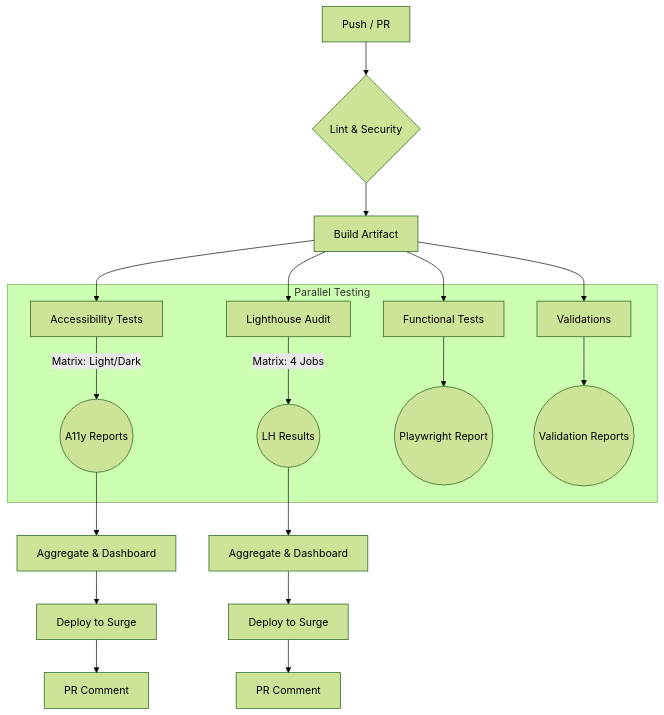
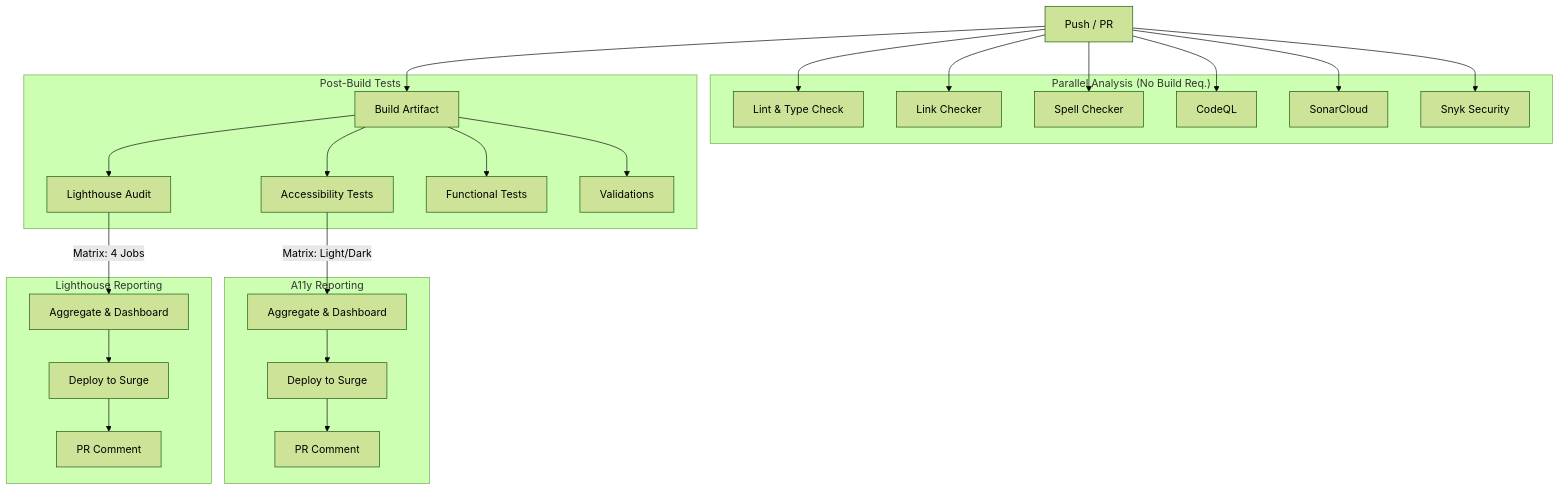
One commit to jmrplens/jmrp.io changed the diagram in README.md. Above: the diagram before and after it, drawn with Mermaid (forest theme).

Commit message:
docs: detail parallel ci jobs in readme mermaid diagram

````diff
--- a/README.md
+++ b/README.md
@@ -131,24 +131,41 @@
 ```mermaid
 graph TD
-    A[Push / PR] --> B{Lint & Security}
-    B --> C[Build Artifact]
-    C --> D[Accessibility Tests]
-    C --> E[Lighthouse Audit]
-    C --> F[Functional Tests]
-    C --> G[Validations]
+    Trigger[Push / PR]
 
-    subgraph "Parallel Testing"
-        D -- Matrix: Light/Dark --> D1((A11y Reports))
-        E -- Matrix: 4 Jobs --> E1((LH Results))
-        F --> F1((Playwright Report))
-        G --> G1((Validation Reports))
+    subgraph "Parallel Analysis (No Build Req.)"
+        Lint[Lint & Type Check]
+        Links[Link Checker]
+        Spell[Spell Checker]
+        CodeQL
+        Sonar[SonarCloud]
+        Snyk[Snyk Security]
     end
 
-    D1 --> H1[Aggregate & Dashboard]
-    H1 --> I1[Deploy to Surge]
-    I1 --> J1[PR Comment]
+    Trigger --> Lint
+    Trigger --> Links
+    Trigger --> Spell
+    Trigger --> CodeQL
+    Trigger --> Sonar
+    Trigger --> Snyk
 
-    E1 --> H2[Aggregate & Dashboard]
-    H2 --> I2[Deploy to Surge]
-    I2 --> J2[PR Comment]
+    Trigger --> Build[Build Artifact]
+
+    subgraph "Post-Build Tests"
+        Build --> A11y[Accessibility Tests]
+        Build --> LH[Lighthouse Audit]
+        Build --> Func[Functional Tests]
+        Build --> Valid[Validations]
+    end
+
+    subgraph "A11y Reporting"
+        A11y -- Matrix: Light/Dark --> A11yAgg[Aggregate & Dashboard]
+        A11yAgg --> A11yDep[Deploy to Surge]
+        A11yDep --> A11yCom[PR Comment]
+    end
+
+    subgraph "Lighthouse Reporting"
+        LH -- Matrix: 4 Jobs --> LHAgg[Aggregate & Dashboard]
+        LHAgg --> LHDep[Deploy to Surge]
+        LHDep --> LHCom[PR Comment]
+    end
 ```
````
